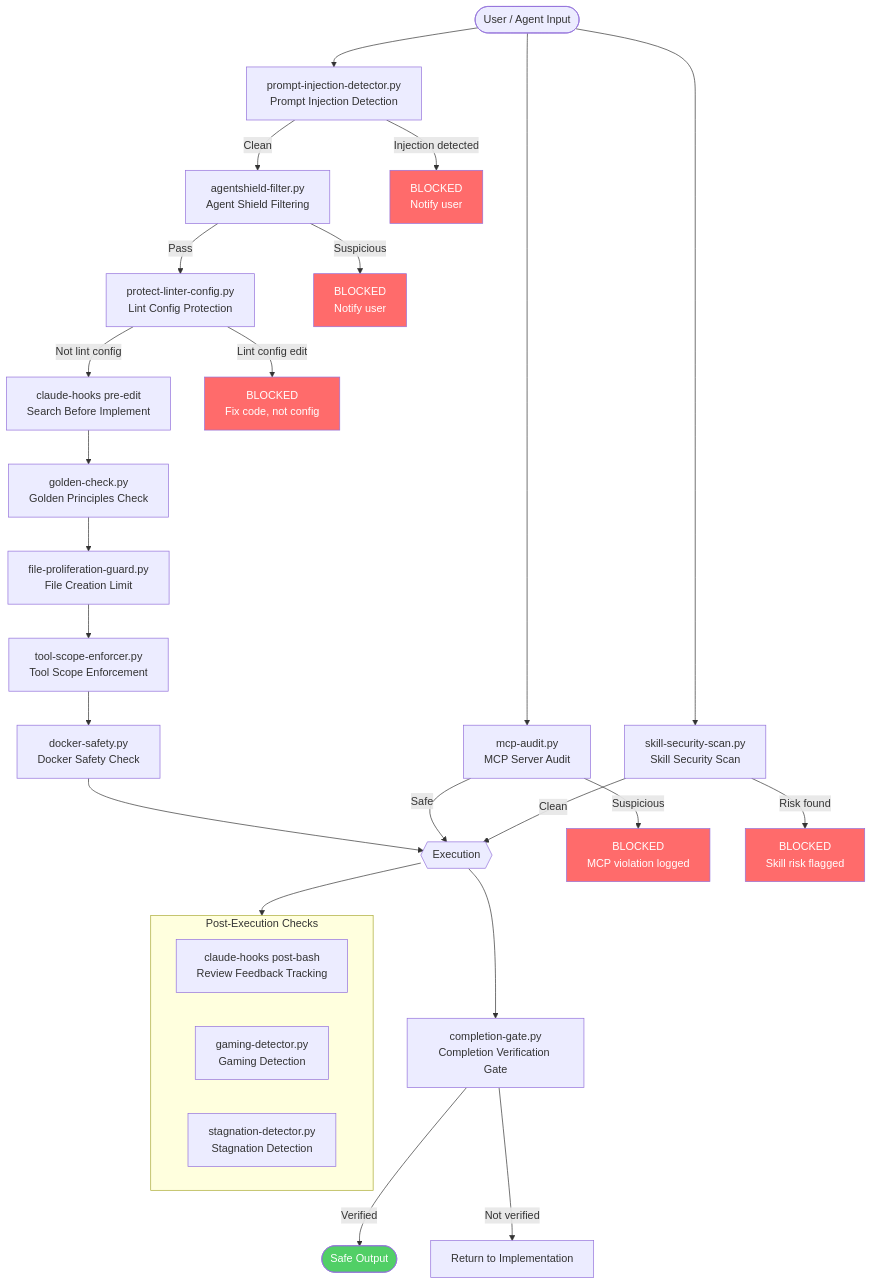
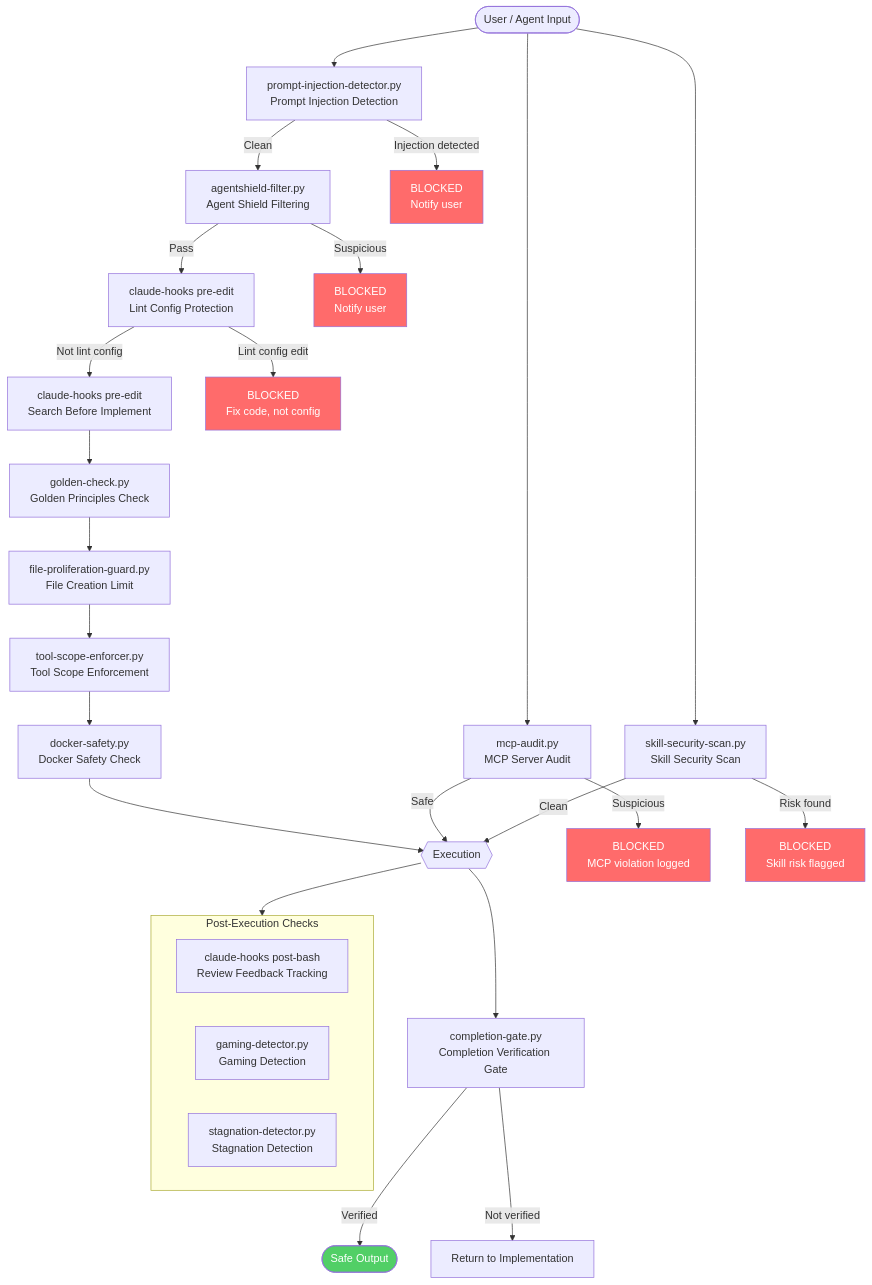
Before and after one commit to takeuchi-shogo/dotfiles: the diagram in .config/claude/references/diagrams/security-layers.md, drawn with Mermaid. The commit also changed 10 other files, not shown here.

First line of the commit message:
🔥 fix(hooks): protect-linter-config.py 残骸を削除 (ユーザー承認) + doc/カウント整合

````diff
--- a/.config/claude/references/diagrams/security-layers.md
+++ b/.config/claude/references/diagrams/security-layers.md
@@ -12,53 +12,53 @@
 ```mermaid
 flowchart TD
     INPUT(["User / Agent Input"])
 
     INPUT --> PID["prompt-injection-detector.py<br/>Prompt Injection Detection"]
 
     PID -->|"Clean"| ASF["agentshield-filter.py<br/>Agent Shield Filtering"]
     PID -->|"Injection detected"| BLOCK1["BLOCKED<br/>Notify user"]
 
-    ASF -->|"Pass"| PLC["protect-linter-config.py<br/>Lint Config Protection"]
+    ASF -->|"Pass"| PLC["claude-hooks pre-edit<br/>Lint Config Protection"]
     ASF -->|"Suspicious"| BLOCK2["BLOCKED<br/>Notify user"]
 
     PLC -->|"Not lint config"| SFG["claude-hooks pre-edit<br/>Search Before Implement"]
     PLC -->|"Lint config edit"| BLOCK3["BLOCKED<br/>Fix code, not config"]
 
     SFG --> GC["golden-check.py<br/>Golden Principles Check"]
 
     GC --> FPG["file-proliferation-guard.py<br/>File Creation Limit"]
 
     FPG --> TSE["tool-scope-enforcer.py<br/>Tool Scope Enforcement"]
 
     TSE --> DS["docker-safety.py<br/>Docker Safety Check"]
 
     DS --> EXEC{{"Execution"}}
 
     EXEC --> CG["completion-gate.py<br/>Completion Verification Gate"]
 
     CG -->|"Verified"| DONE(["Safe Output"])
     CG -->|"Not verified"| BACK["Return to Implementation"]
 
     INPUT --> MCP["mcp-audit.py<br/>MCP Server Audit"]
     MCP -->|"Safe"| EXEC
     MCP -->|"Suspicious"| BLOCK4["BLOCKED<br/>MCP violation logged"]
 
     INPUT --> SSS["skill-security-scan.py<br/>Skill Security Scan"]
     SSS -->|"Clean"| EXEC
     SSS -->|"Risk found"| BLOCK5["BLOCKED<br/>Skill risk flagged"]
 
     subgraph post_exec ["Post-Execution Checks"]
         RFT["claude-hooks post-bash<br/>Review Feedback Tracking"]
         GD["gaming-detector.py<br/>Gaming Detection"]
         SD["stagnation-detector.py<br/>Stagnation Detection"]
     end
 
     EXEC --> post_exec
 
     style BLOCK1 fill:#ff6b6b,color:#fff
     style BLOCK2 fill:#ff6b6b,color:#fff
     style BLOCK3 fill:#ff6b6b,color:#fff
     style BLOCK4 fill:#ff6b6b,color:#fff
     style BLOCK5 fill:#ff6b6b,color:#fff
     style DONE fill:#51cf66,color:#fff
 ```
````
